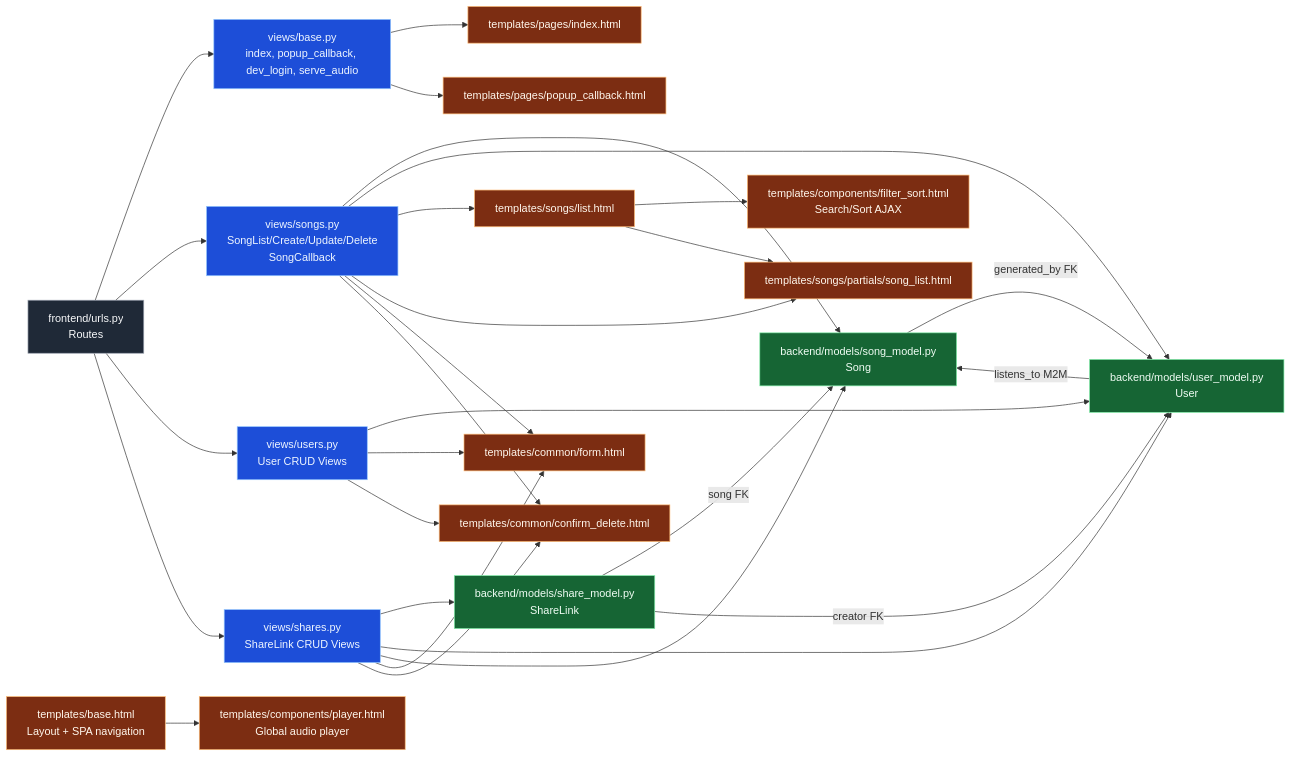
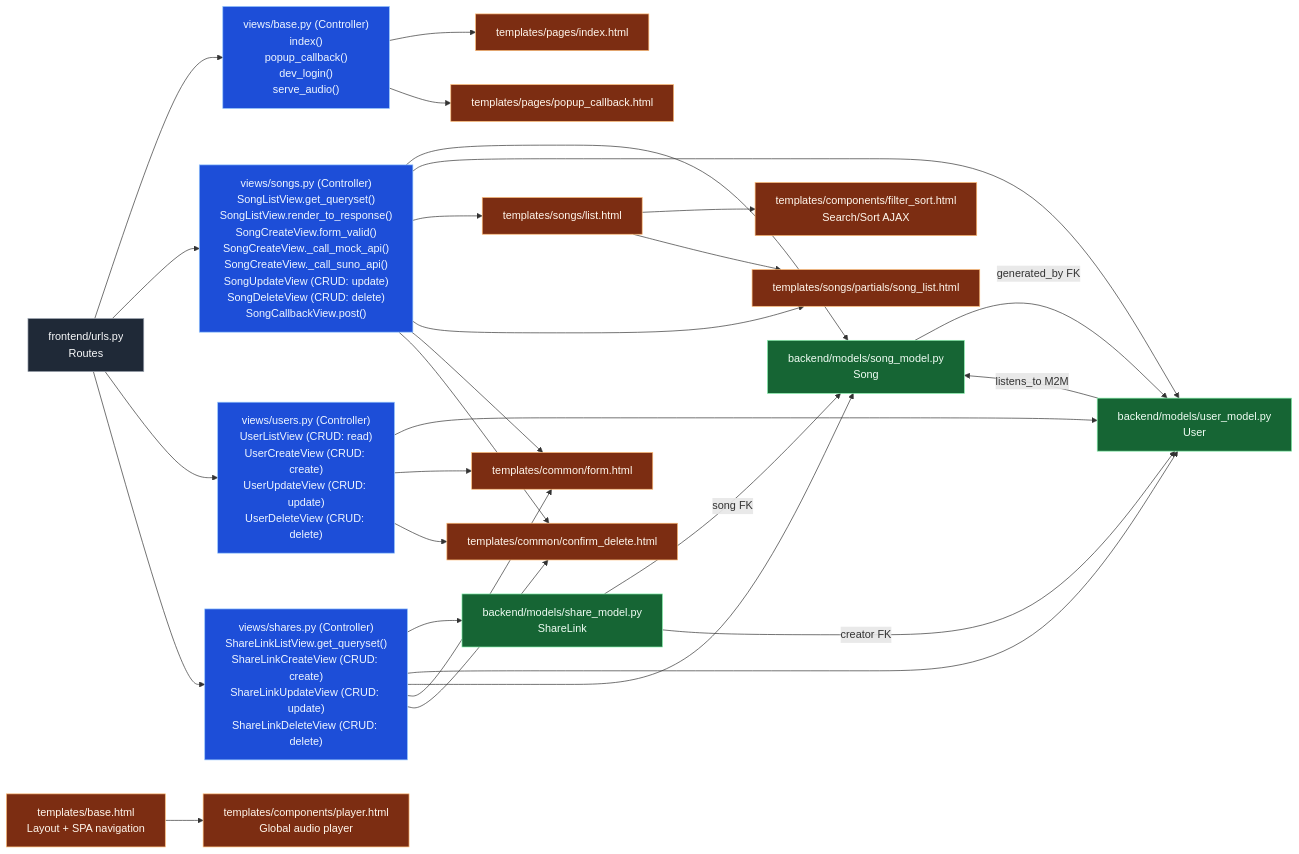
Before and after one commit to taamtera/musicprojectdjango: the diagram in README.md, drawn with Mermaid.

Commit message:
readme 3rd rev

````diff
--- a/README.md
+++ b/README.md
@@ -76,75 +76,75 @@
 ```mermaid
 flowchart LR
    %% Route Layer
    U["frontend/urls.py<br/>Routes"]
 
    %% View/Controller Layer
-   VB["views/base.py<br/>index, popup_callback, dev_login, serve_audio"]
-   VS["views/songs.py<br/>SongList/Create/Update/Delete<br/>SongCallback"]
-   VU["views/users.py<br/>User CRUD Views"]
-   VSH["views/shares.py<br/>ShareLink CRUD Views"]
+   VB["views/base.py (Controller)<br/>index()<br/>popup_callback()<br/>dev_login()<br/>serve_audio()"]
+   VS["views/songs.py (Controller)<br/>SongListView.get_queryset()<br/>SongListView.render_to_response()<br/>SongCreateView.form_valid()<br/>SongCreateView._call_mock_api()<br/>SongCreateView._call_suno_api()<br/>SongUpdateView (CRUD: update)<br/>SongDeleteView (CRUD: delete)<br/>SongCallbackView.post()"]
+   VU["views/users.py (Controller)<br/>UserListView (CRUD: read)<br/>UserCreateView (CRUD: create)<br/>UserUpdateView (CRUD: update)<br/>UserDeleteView (CRUD: delete)"]
+   VSH["views/shares.py (Controller)<br/>ShareLinkListView.get_queryset()<br/>ShareLinkCreateView (CRUD: create)<br/>ShareLinkUpdateView (CRUD: update)<br/>ShareLinkDeleteView (CRUD: delete)"]
 
    %% Model Layer
    MU["backend/models/user_model.py<br/>User"]
    MS["backend/models/song_model.py<br/>Song"]
    MSL["backend/models/share_model.py<br/>ShareLink"]
 
    %% Template Layer
    TB["templates/base.html<br/>Layout + SPA navigation"]
    TP["templates/components/player.html<br/>Global audio player"]
    TF["templates/components/filter_sort.html<br/>Search/Sort AJAX"]
    TL[templates/songs/list.html]
    TLP[templates/songs/partials/song_list.html]
    TFORM[templates/common/form.html]
    TCONF[templates/common/confirm_delete.html]
    TINDEX[templates/pages/index.html]
    TPOP[templates/pages/popup_callback.html]
 
    %% Route to views
    U --> VB
    U --> VS
    U --> VU
    U --> VSH
 
    %% View to models
    VS --> MS
    VS --> MU
    VU --> MU
    VSH --> MSL
    VSH --> MU
    VSH --> MS
 
    %% Model relations
    MU -->|listens_to M2M| MS
    MS -->|generated_by FK| MU
    MSL -->|song FK| MS
    MSL -->|creator FK| MU
 
    %% View to templates
    VB --> TINDEX
    VB --> TPOP
    VS --> TL
    VS --> TLP
    VS --> TFORM
    VS --> TCONF
    VU --> TFORM
    VU --> TCONF
    VSH --> TFORM
    VSH --> TCONF
 
    %% Template composition
    TL --> TF
    TL --> TLP
    TB --> TP
 
    %% Color coding: M / V / T (+ routes)
    classDef route fill:#1f2937,stroke:#9ca3af,color:#f9fafb,stroke-width:1px;
    classDef view fill:#1d4ed8,stroke:#93c5fd,color:#eff6ff,stroke-width:1px;
    classDef model fill:#166534,stroke:#86efac,color:#f0fdf4,stroke-width:1px;
    classDef template fill:#7c2d12,stroke:#fdba74,color:#fff7ed,stroke-width:1px;
 
    class U route;
    class VB,VS,VU,VSH view;
    class MU,MS,MSL model;
    class TB,TP,TF,TL,TLP,TFORM,TCONF,TINDEX,TPOP template;
 ```
````
